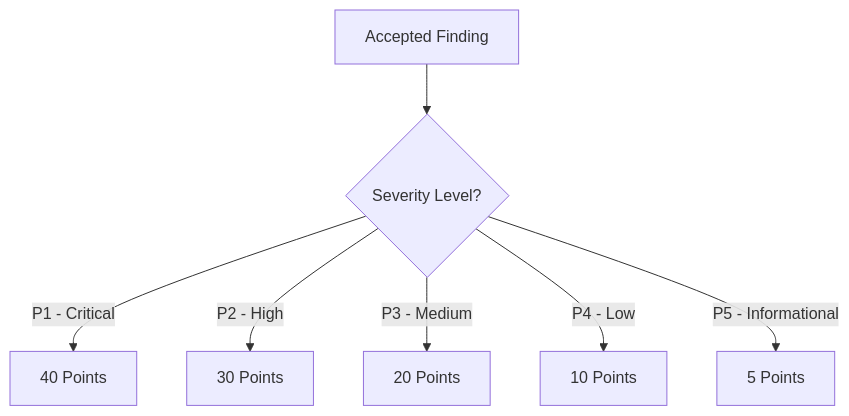
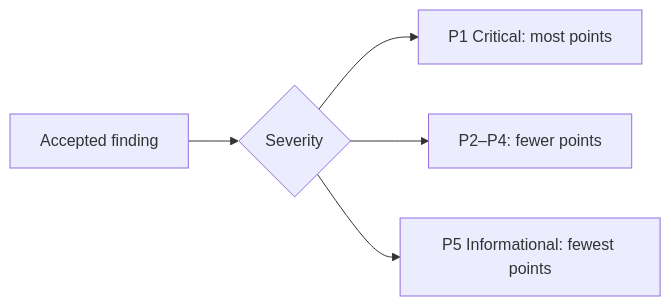
The diagram in docs/researcher/bug-bounty/detail/rewards.md (Securityboat/SB1-Knowladge-Base-), drawn with Mermaid before and after one commit. The commit also changed other lines of this file and 181 other files, not shown here.

````diff
--- a/docs/researcher/bug-bounty/detail/rewards.md
+++ b/docs/researcher/bug-bounty/detail/rewards.md
@@ -42,9 +40,7 @@
 ```mermaid
-graph TD
-    Finding[Accepted Finding] --> Sev{Severity Level?}
-    Sev -->|P1 - Critical| P1[40 Points]
-    Sev -->|P2 - High| P2[30 Points]
-    Sev -->|P3 - Medium| P3[20 Points]
-    Sev -->|P4 - Low| P4[10 Points]
-    Sev -->|P5 - Informational| P5[5 Points]
+flowchart LR
+    F[Accepted finding] --> S{Severity}
+    S --> P1[P1 Critical: most points]
+    S --> P3[P2–P4: fewer points]
+    S --> P5[P5 Informational: fewest points]
 ```
````
